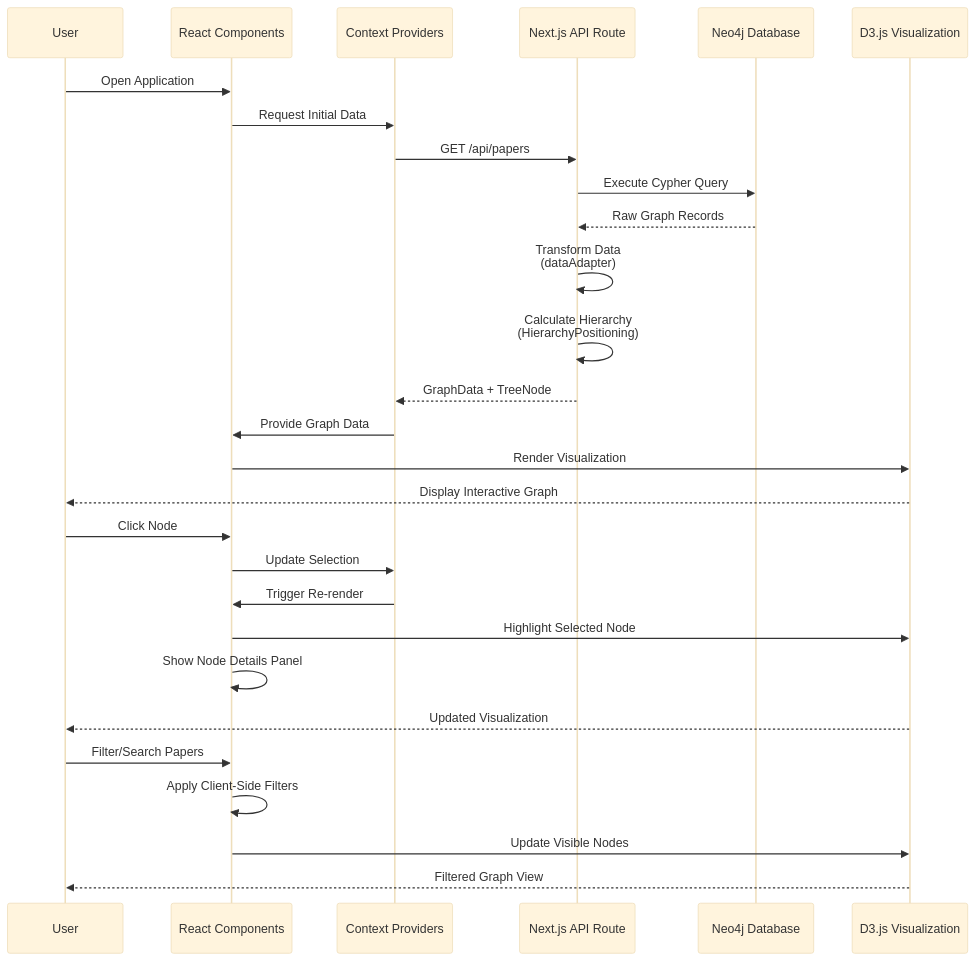
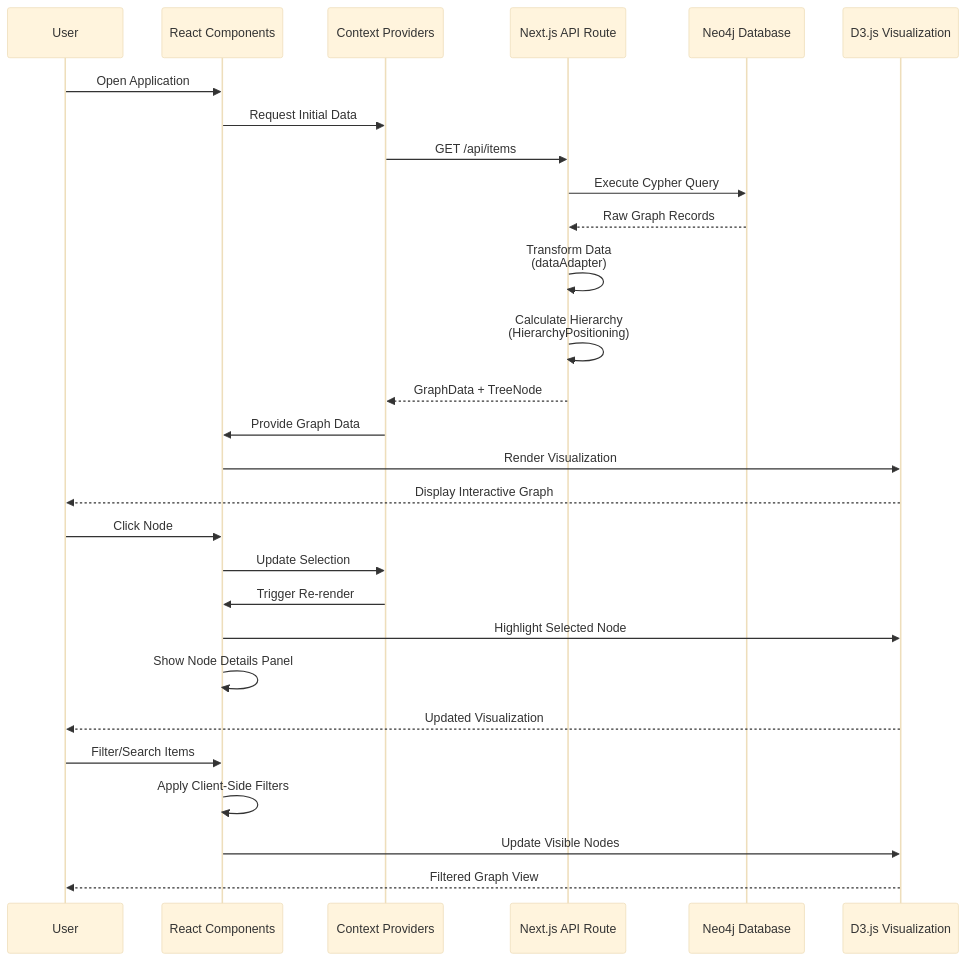
The fourth of 11 diagrams in ARCHITECTURE_DIAGRAMS.md (AstraZeneca/ontoverse-app), drawn with Mermaid (base theme) before and after one commit. The commit also changed other lines of this file and 13 other files, not shown here.

````diff
--- a/ARCHITECTURE_DIAGRAMS.md
+++ b/ARCHITECTURE_DIAGRAMS.md
@@ -156,33 +155,33 @@
 ```mermaid
 sequenceDiagram
     participant User
     participant UI as React Components
     participant Context as Context Providers
     participant API as Next.js API Route
     participant Neo4j as Neo4j Database
     participant D3 as D3.js Visualization
     
     User->>UI: Open Application
     UI->>Context: Request Initial Data
-    Context->>API: GET /api/papers
+    Context->>API: GET /api/items
     API->>Neo4j: Execute Cypher Query
     Neo4j-->>API: Raw Graph Records
     API->>API: Transform Data<br/>(dataAdapter)
     API->>API: Calculate Hierarchy<br/>(HierarchyPositioning)
     API-->>Context: GraphData + TreeNode
     Context->>UI: Provide Graph Data
     UI->>D3: Render Visualization
     D3-->>User: Display Interactive Graph
     
     User->>UI: Click Node
     UI->>Context: Update Selection
     Context->>UI: Trigger Re-render
     UI->>D3: Highlight Selected Node
     UI->>UI: Show Node Details Panel
     D3-->>User: Updated Visualization
     
-    User->>UI: Filter/Search Papers
+    User->>UI: Filter/Search Items
     UI->>UI: Apply Client-Side Filters
     UI->>D3: Update Visible Nodes
     D3-->>User: Filtered Graph View
 ```
````
